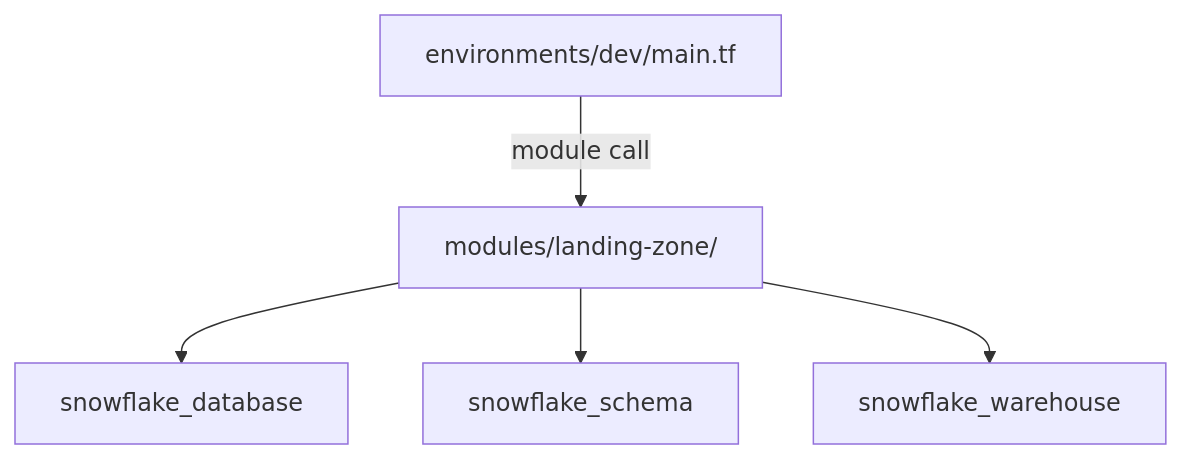
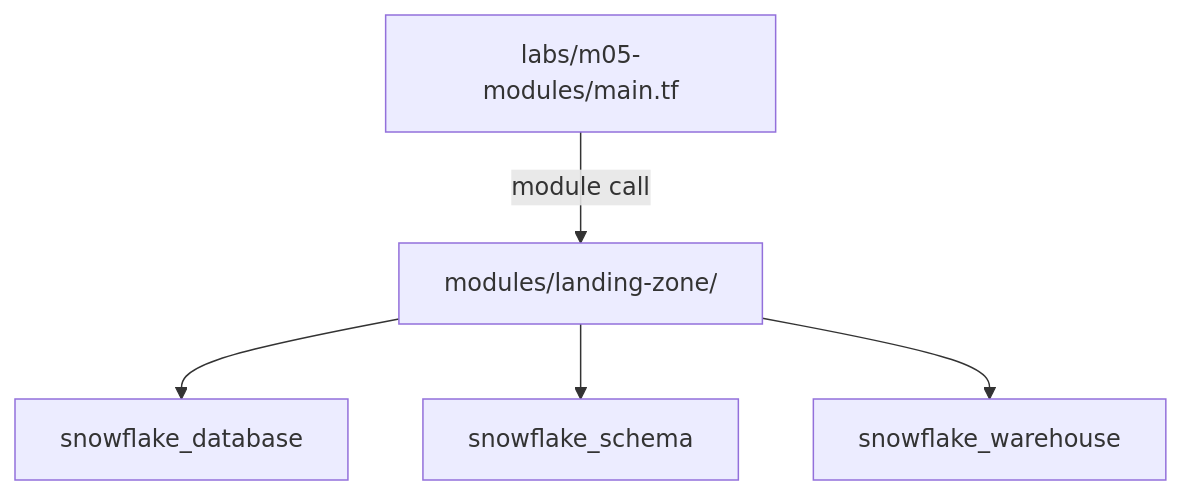
The second of 2 diagrams in courses/day-02/module-05-modules/lab.md (msellamiTN/Snowflake-terraform), drawn with Mermaid before and after one commit. The commit also changed other lines of this file and 169 other files, not shown here.

````diff
--- a/courses/day-02/module-05-modules/lab.md
+++ b/courses/day-02/module-05-modules/lab.md
@@ -47,7 +53,7 @@
 ```mermaid
 flowchart TD
-    ENV[environments/dev/main.tf] -->|module call| MOD[modules/landing-zone/]
+    ENV[labs/m05-modules/main.tf] -->|module call| MOD[modules/landing-zone/]
     MOD --> DB[snowflake_database]
     MOD --> SC[snowflake_schema]
     MOD --> WH[snowflake_warehouse]
 ```
````
